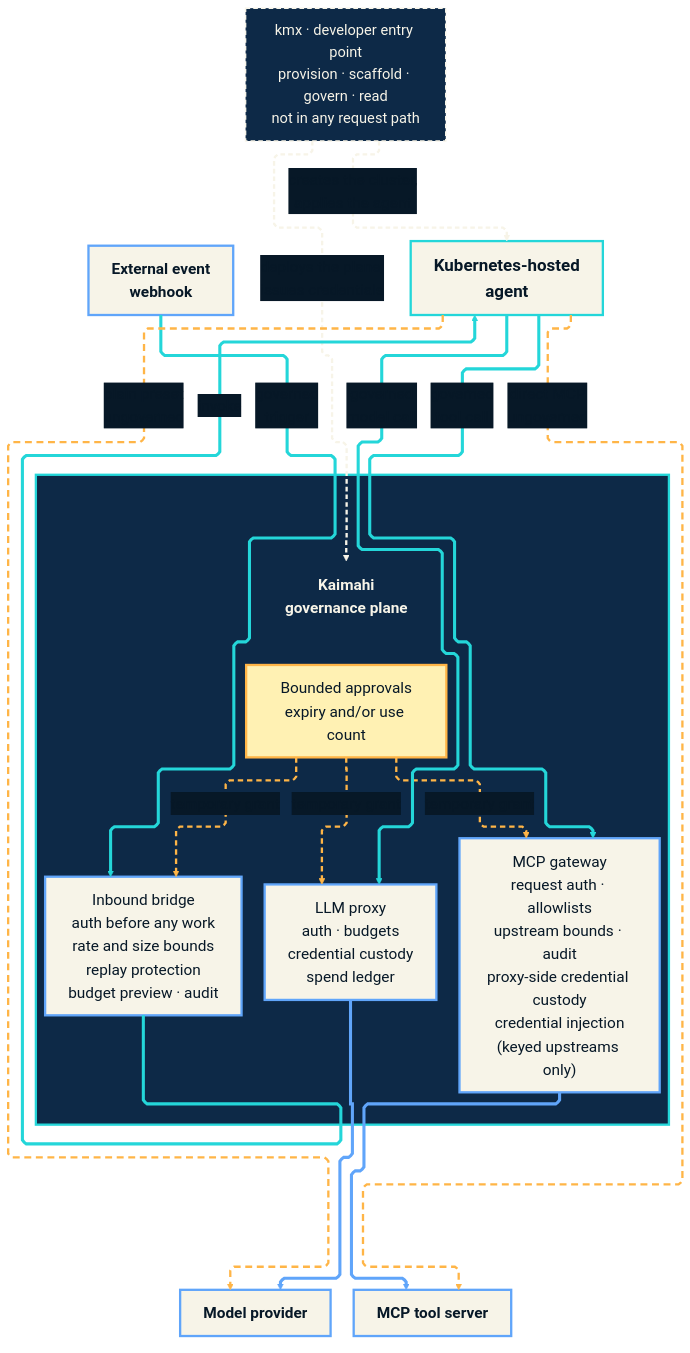
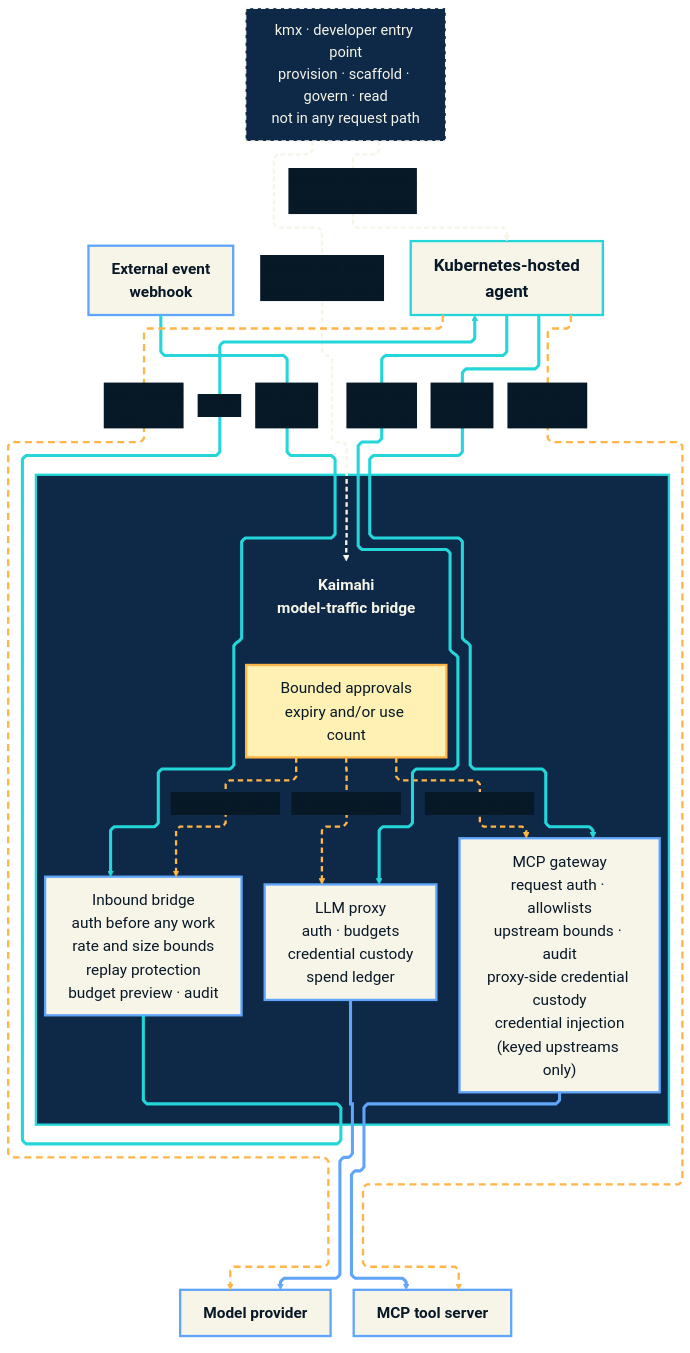
The diagram in docs/assets/architecture.mmd (davidgamero/kaimahi), drawn with Mermaid before and after one commit. The commit also changed 34 other files, not shown here.

First line of the commit message:
Front-door fixes: AKS commands and model-traffic copy (#203)

```diff
--- a/docs/assets/architecture.mmd
+++ b/docs/assets/architecture.mmd
@@ -1,95 +1,95 @@
 ---
 config:
   theme: base
   themeCSS: |
     .edgeLabels .edgeLabel span,
     .edgeLabels .edgeLabel p {
       color: #F7F4E8 !important;
       fill: #F7F4E8 !important;
     }
   layout: elk
   elk:
     mergeEdges: false
     nodePlacementStrategy: SIMPLE
     nodePlacementAlignment: BALANCED
     forceNodeModelOrder: true
     considerModelOrder: NODES_AND_EDGES
   flowchart:
     htmlLabels: true
     nodeSpacing: 24
     rankSpacing: 36
     curve: linear
   themeVariables:
     background: "#071827"
     fontFamily: "Arial, Helvetica, sans-serif"
     fontSize: 20px
     textColor: "#F7F4E8"
     titleColor: "#F7F4E8"
     nodeTextColor: "#F7F4E8"
     primaryColor: "#F7F4E8"
     primaryTextColor: "#071827"
     primaryBorderColor: "#24D6D9"
     lineColor: "#24D6D9"
     edgeLabelBackground: "#071827"
     clusterBkg: "#0D2947"
     clusterBorder: "#24D6D9"
 ---
 flowchart TB
     accTitle: Kaimahi governance architecture
-    accDescr: The kmx developer entry point provisions the cluster, scaffolds agents and deploys the governance plane, sitting outside every request path. A Kubernetes-hosted agent then reaches models and tools through Kaimahi's governed paths, and external events reach the agent through Kaimahi's governed inbound bridge, while dashed direct paths are explicitly ungoverned.
+    accDescr: The kmx developer entry point provisions the cluster, scaffolds agents and deploys the model-traffic bridge, sitting outside every request path. A Kubernetes-hosted agent then reaches models and tools through Kaimahi's governed paths, and external events reach the agent through Kaimahi's governed inbound bridge, while dashed direct paths are explicitly ungoverned.
 
     D["kmx · developer entry point<br/>provision · scaffold · govern · read<br/>not in any request path"]
     W["External event<br/>webhook"]
     A["Kubernetes-hosted<br/>agent"]
 
     subgraph K[" "]
       direction TB
-      H["Kaimahi<br/>governance plane"]
+      H["Kaimahi<br/>model-traffic bridge"]
       P["Bounded approvals<br/>expiry and/or use count"]
       L["LLM proxy<br/>auth · budgets<br/>credential custody<br/>spend ledger"]
       T["MCP gateway<br/>request auth · allowlists<br/>upstream bounds · audit<br/>proxy-side credential custody<br/>credential injection<br/>(keyed upstreams only)"]
       N["Inbound bridge<br/>auth before any work<br/>rate and size bounds<br/>replay protection<br/>budget preview · audit"]
       H ~~~ P
       P -. "temporary grant" .-> L
       P -. "temporary grant" .-> T
       P -. "temporary grant" .-> N
     end
 
     subgraph E[" "]
       direction LR
       M["Model provider"]
       X["MCP tool server"]
     end
 
     D -. "creates the cluster,<br/>applies the agent" .-> A
     D -. "deploys the plane,<br/>issues credentials" .-> H
     W -->|"governed<br/>trigger"| N
     N -->|"invoke"| A
     A -->|"governed<br/>model call"| L
     A -->|"governed<br/>tool call"| T
     L --> M
     T --> X
     A -. "plain preset<br/>ungoverned" .-> M
     A -. "direct MCP<br/>ungoverned" .-> X
 
     classDef agent fill:#F7F4E8,color:#071827,stroke:#24D6D9,stroke-width:3px,font-size:22px,font-weight:bold;
     classDef control fill:#F7F4E8,color:#071827,stroke:#60A5FA,stroke-width:3px,font-size:20px;
     classDef approval fill:#FFF1B3,color:#071827,stroke:#FFB547,stroke-width:3px,font-size:20px;
     classDef target fill:#F7F4E8,color:#071827,stroke:#60A5FA,stroke-width:3px,font-size:20px,font-weight:bold;
     classDef tooling fill:#0D2947,color:#F7F4E8,stroke:#F7F4E8,stroke-width:2px,stroke-dasharray:6 4,font-size:19px;
     classDef heading fill:transparent,color:#F7F4E8,stroke:transparent,font-size:20px,font-weight:bold;
     class A agent;
     class L,T,N control;
     class P approval;
     class H heading;
     class M,X target;
     class W target;
     class D tooling;
     style K fill:#0D2947,stroke:#24D6D9,stroke-width:3px,color:#F7F4E8
     style E fill:transparent,stroke:transparent
     linkStyle 0 stroke:transparent,fill:none;
     linkStyle 1,2,3 stroke:#FFB547,color:#FFF1B3,stroke-width:3px,stroke-dasharray:7 5;
     linkStyle 4,5 stroke:#F7F4E8,color:#F7F4E8,stroke-width:3px,stroke-dasharray:6 4;
     linkStyle 6,7,8,9 stroke:#24D6D9,color:#F7F4E8,stroke-width:4px;
     linkStyle 10,11 stroke:#60A5FA,color:#F7F4E8,stroke-width:4px;
     linkStyle 12,13 stroke:#FFB547,color:#FFF1B3,stroke-width:3px,stroke-dasharray:9 6;
```
